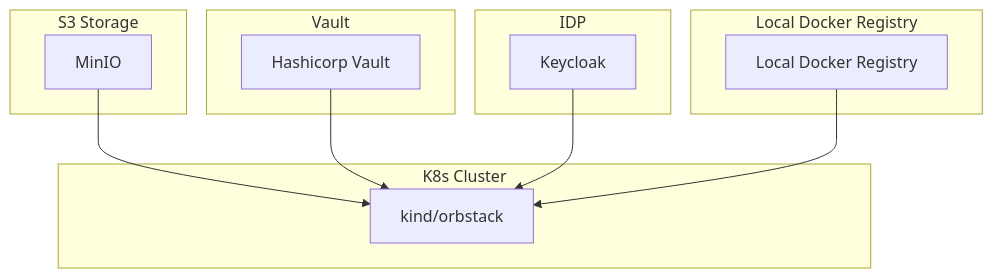
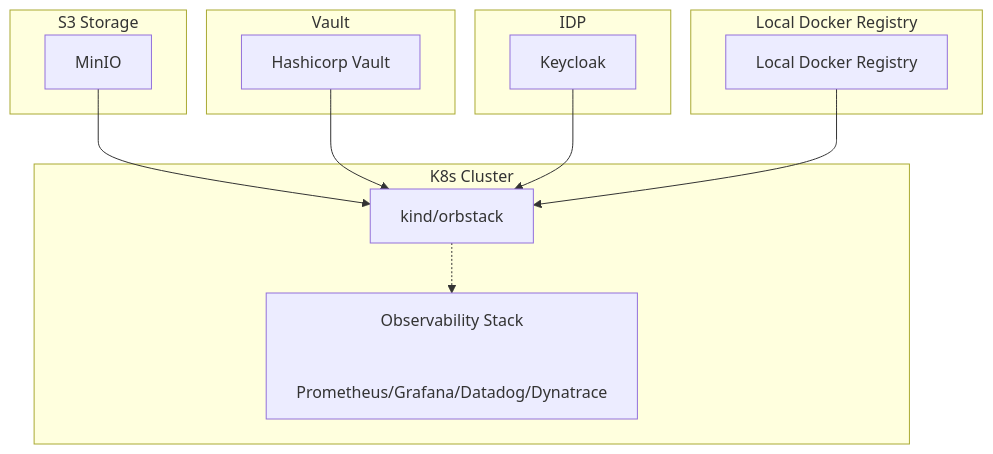
The first of 8 diagrams in README.md (pantsel/konnect-platform-ops-demo), drawn with Mermaid before and after one commit.

````diff
--- a/README.md
+++ b/README.md
@@ -63,27 +63,32 @@
 ```mermaid
 graph TD;
   subgraph S3 Storage
     A[MinIO]
   end
 
   subgraph Vault
     B[Hashicorp Vault]
   end
 
   subgraph IDP
     C[Keycloak]
   end
 
   subgraph Local Docker Registry
     D[Local Docker Registry]
   end
 
   subgraph K8s Cluster
     E[kind/orbstack]
+    F[
+      Observability Stack<br>
+      Prometheus/Grafana/Datadog/Dynatrace
+      ]
   end
 
   A --> E
   B --> E
   C --> E
   D --> E
+  E -.-> F
 ```
````
